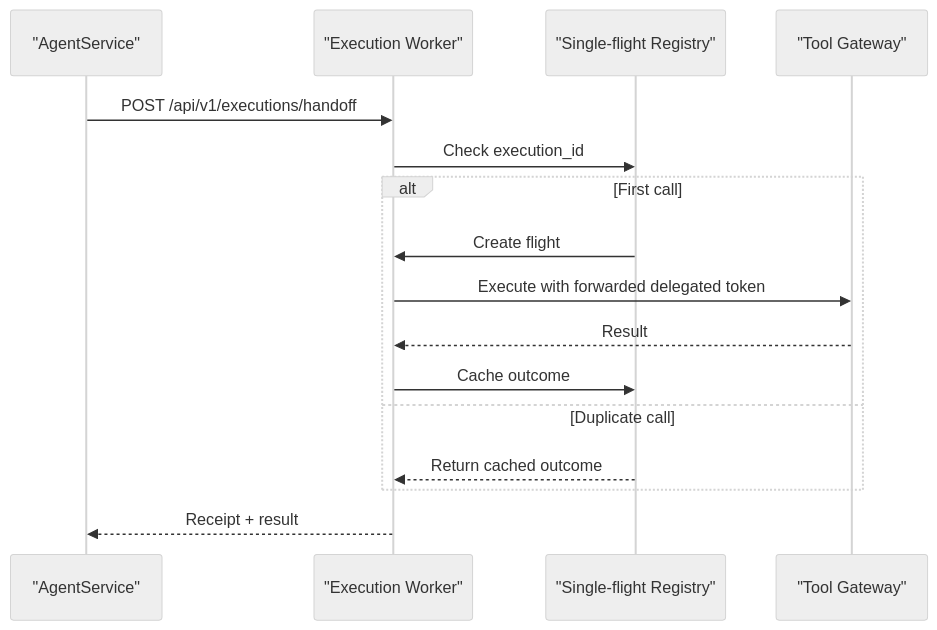
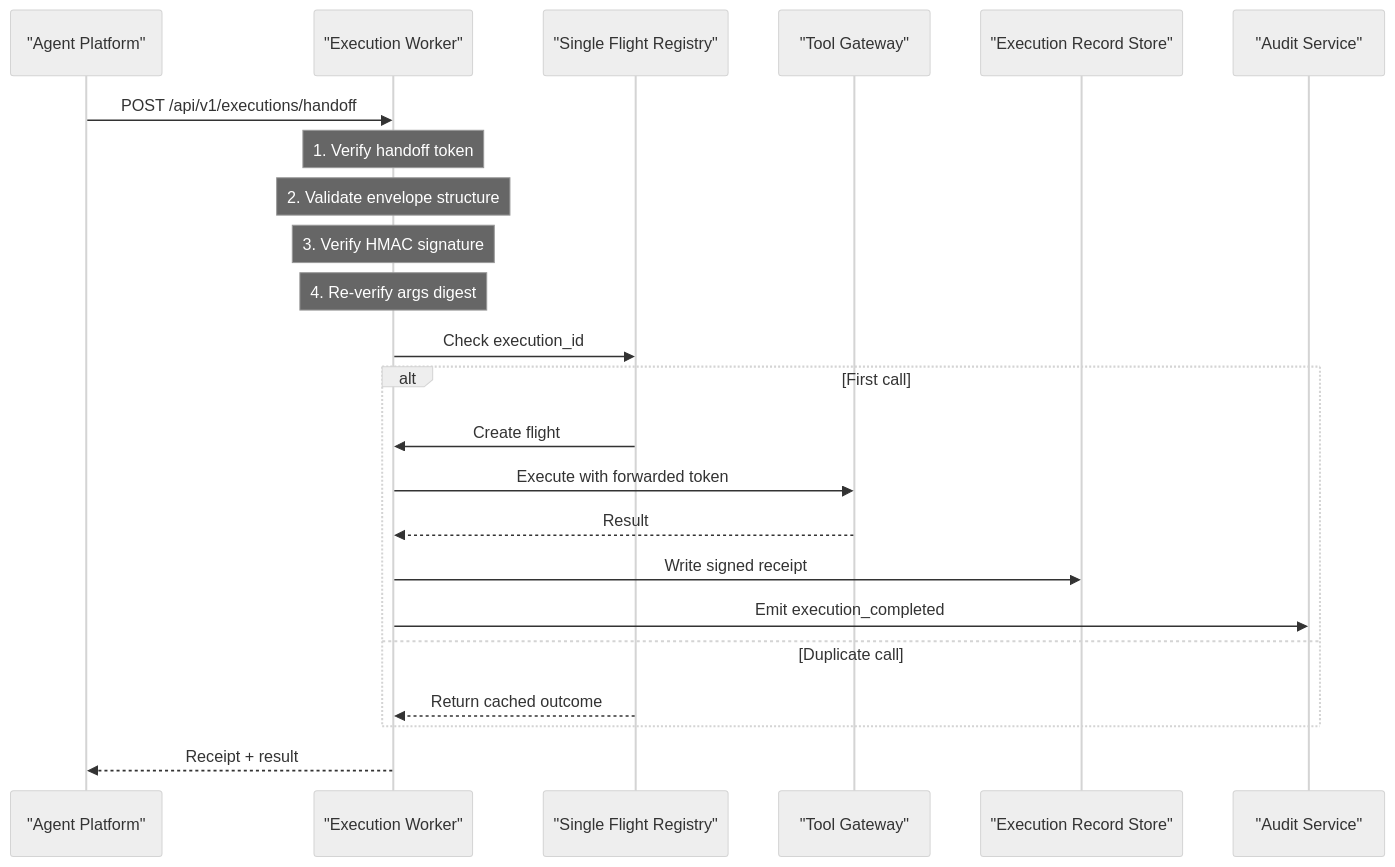
The second of 2 diagrams in .qoder/repowiki/en/content/Architecture Documentation/Execution Runtime Spike.md (metasync/luban-aiops), drawn with Mermaid (neutral theme) before and after one commit. The commit also changed other lines of this file and 5 other files, not shown here.

````diff
--- a/.qoder/repowiki/en/content/Architecture Documentation/Execution Runtime Spike.md
+++ b/.qoder/repowiki/en/content/Architecture Documentation/Execution Runtime Spike.md
@@ -215,18 +124,25 @@
 ```mermaid
 sequenceDiagram
-participant Agent as "AgentService"
+participant Agent as "Agent Platform"
 participant Worker as "Execution Worker"
-participant Registry as "Single-flight Registry"
+participant Registry as "Single Flight Registry"
 participant Gateway as "Tool Gateway"
+participant Store as "Execution Record Store"
+participant Audit as "Audit Service"
 Agent->>Worker : POST /api/v1/executions/handoff
+Note over Worker : 1. Verify handoff token
+Note over Worker : 2. Validate envelope structure
+Note over Worker : 3. Verify HMAC signature
+Note over Worker : 4. Re-verify args digest
 Worker->>Registry : Check execution_id
 alt First call
 Registry->>Worker : Create flight
-Worker->>Gateway : Execute with forwarded delegated token
+Worker->>Gateway : Execute with forwarded token
 Gateway-->>Worker : Result
-Worker->>Registry : Cache outcome
+Worker->>Store : Write signed receipt
+Worker->>Audit : Emit execution_completed
 else Duplicate call
 Registry-->>Worker : Return cached outcome
 end
 Worker-->>Agent : Receipt + result
 ```
````
